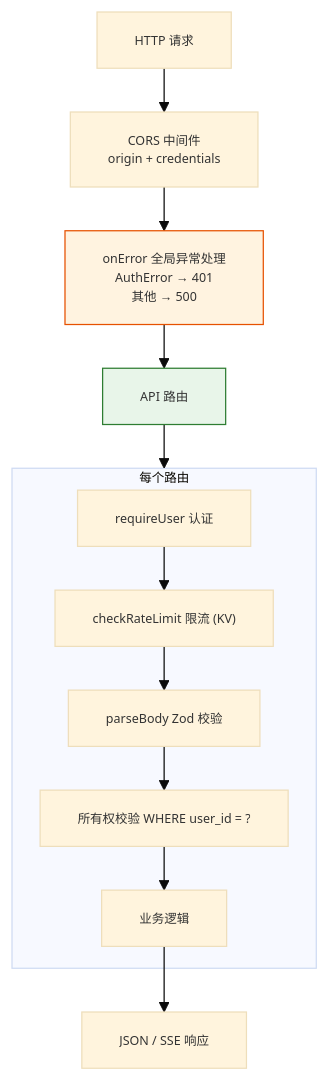
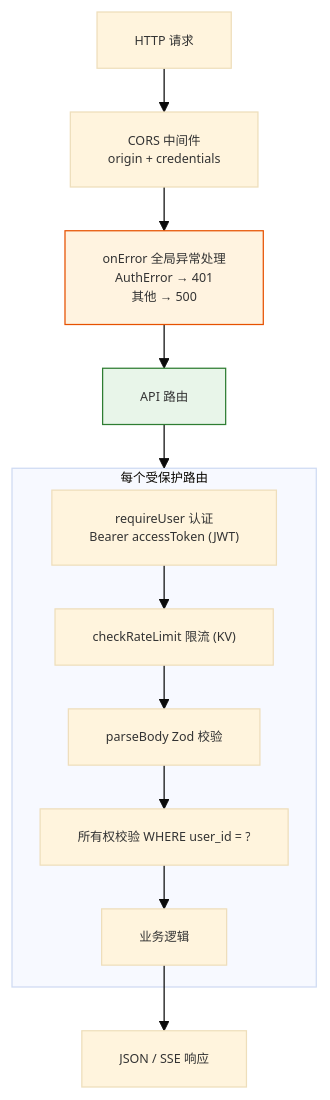
One commit to xCreat0r/simple-ai-agent-plateform changed the second of 7 diagrams in docs/architecture.md. Above: the diagram before and after it, drawn with Mermaid. The commit also changed other lines of this file and 1 other file, not shown here.

````diff
--- a/docs/architecture.md
+++ b/docs/architecture.md
@@ -113,23 +119,23 @@
 ```mermaid
 %%{init: {'theme': 'base', 'themeVariables': {'fontSize': '10px'}, 'flowchart': {'useMaxWidth': true, 'nodeSpacing': 25, 'rankSpacing': 35}}}%%
 flowchart TD
     R["HTTP 请求"] --> COR["CORS 中间件<br/>origin + credentials"]
     COR --> ONERR["onError 全局异常处理<br/>AuthError → 401<br/>其他 → 500"]
 
     ONERR --> API["API 路由"]
 
-    subgraph API_PIPELINE["每个路由"]
-        A["requireUser 认证"]
+    subgraph API_PIPELINE["每个受保护路由"]
+        A["requireUser 认证<br/>Bearer accessToken (JWT)"]
         L["checkRateLimit 限流 (KV)"]
         Z["parseBody Zod 校验"]
         OWN["所有权校验 WHERE user_id = ?"]
         BIZ["业务逻辑"]
         A --> L --> Z --> OWN --> BIZ
     end
 
     API --> API_PIPELINE
     BIZ --> RESP["JSON / SSE 响应"]
 
     style ONERR fill:#fff3e0,stroke:#e65100
     style API fill:#e8f5e9,stroke:#2e7d32
 ```
````
